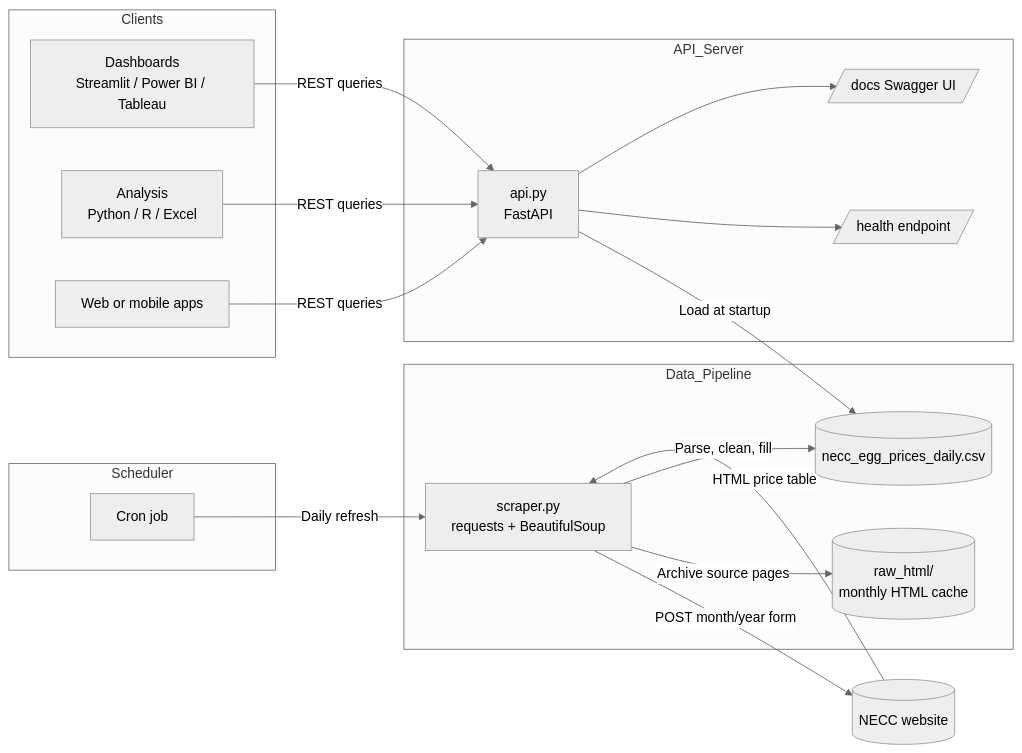
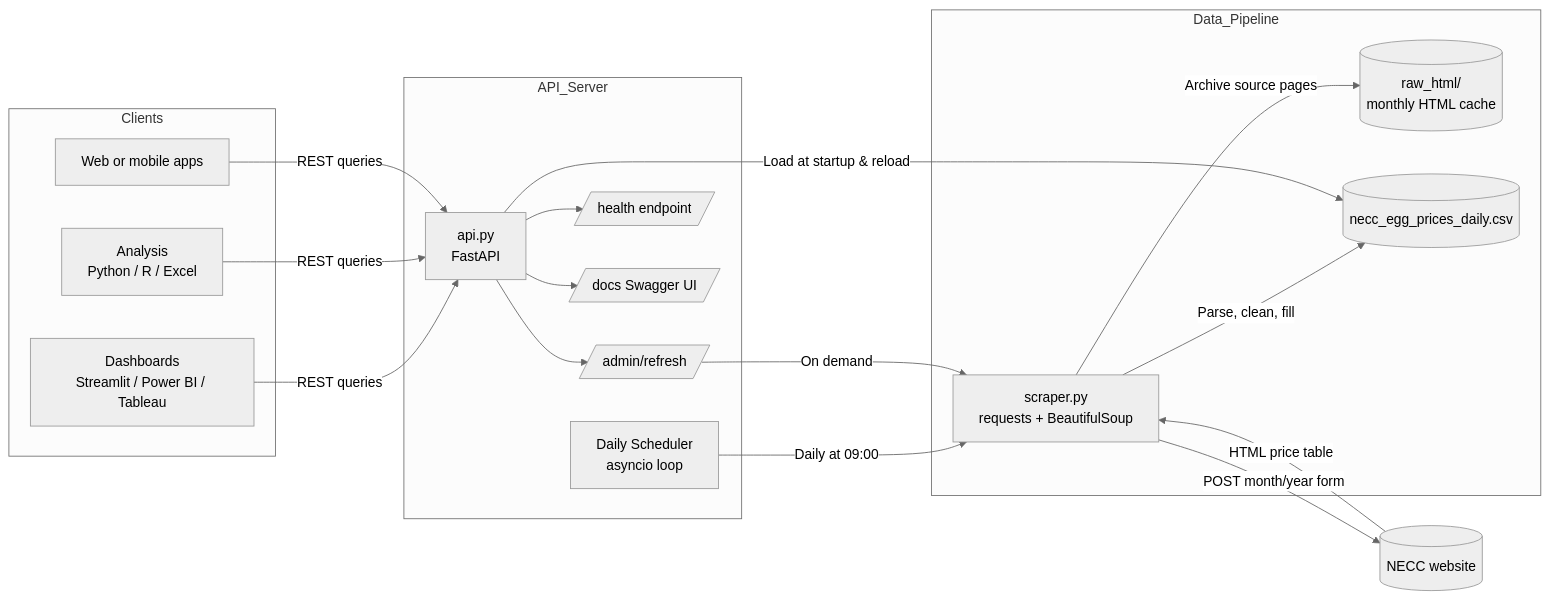
One commit to shivansh2310/NECC-EGG_Price-RESTAPI changed the diagram in README.md. Above: the diagram before and after it, drawn with Mermaid (neutral theme). The commit also changed other lines of this file and 1 other file, not shown here.

````diff
--- a/README.md
+++ b/README.md
@@ -182,40 +188,40 @@
 ```mermaid
 flowchart LR
-    subgraph Scheduler
-        CRON[Cron job]
+    subgraph API_Server
+        FASTAPI[api.py<br/>FastAPI]
+        SCHEDULER[Daily Scheduler<br/>asyncio loop]
+        HEALTH[/health endpoint/]
+        DOCS[/docs Swagger UI/]
+        REFRESH[/admin/refresh/]
     end
 
     subgraph Data_Pipeline
         SCRAPER[scraper.py<br/>requests + BeautifulSoup]
         HTML_CACHE[(raw_html/<br/>monthly HTML cache)]
         CSV[(necc_egg_prices_daily.csv)]
-    end
-
-    subgraph API_Server
-        FASTAPI[api.py<br/>FastAPI]
-        HEALTH[/health endpoint/]
-        DOCS[/docs Swagger UI/]
     end
 
     subgraph Clients
         DASHBOARD[Dashboards<br/>Streamlit / Power BI / Tableau]
         ANALYST[Analysis<br/>Python / R / Excel]
         APP[Web or mobile apps]
     end
 
     WEBSITE[(NECC website)]
 
-    CRON -->|Daily refresh| SCRAPER
+    SCHEDULER -->|Daily at 09:00| SCRAPER
+    REFRESH -->|On demand| SCRAPER
     SCRAPER -->|POST month/year form| WEBSITE
     WEBSITE -->|HTML price table| SCRAPER
     SCRAPER -->|Archive source pages| HTML_CACHE
     SCRAPER -->|Parse, clean, fill| CSV
 
-    FASTAPI -->|Load at startup| CSV
+    FASTAPI -->|Load at startup & reload| CSV
     FASTAPI --> HEALTH
     FASTAPI --> DOCS
+    FASTAPI --> REFRESH
 
     DASHBOARD -->|REST queries| FASTAPI
     ANALYST -->|REST queries| FASTAPI
     APP -->|REST queries| FASTAPI
 ```
````
